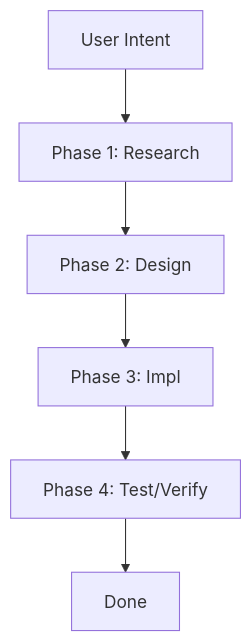
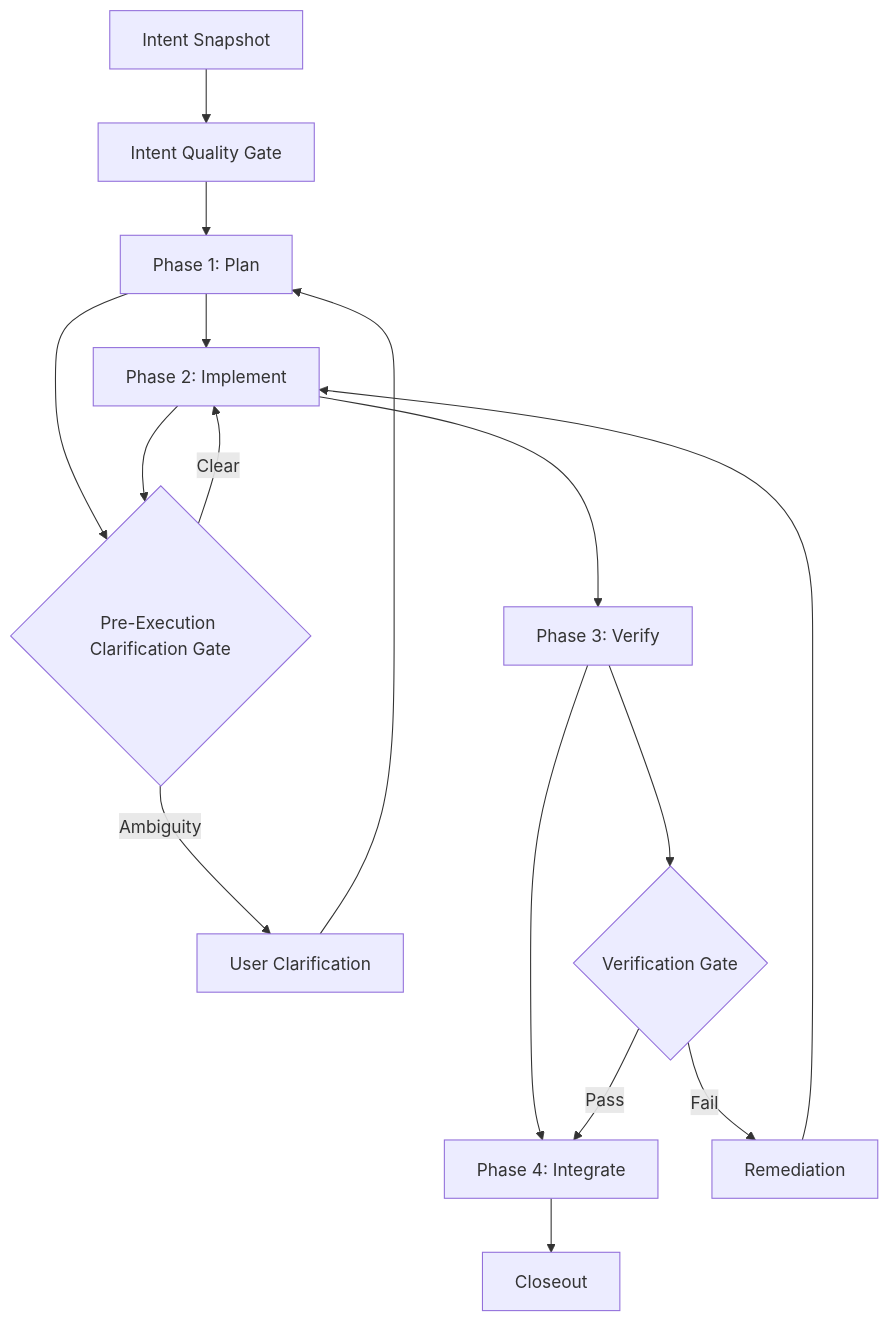
One commit to oscraters/intent-align changed the diagram in assets/mermaid-spec-template.md. Above: the diagram before and after it, drawn with Mermaid. The commit also changed other lines of this file and 8 other files, not shown here.

Commit message:
feat: implement intent-align v2 core contract and adapters

````diff
--- a/assets/mermaid-spec-template.md
+++ b/assets/mermaid-spec-template.md
@@ -2,8 +2,20 @@
 ```mermaid
 graph TD
-    A[User Intent] --> B[Phase 1: Research]
-    B --> C[Phase 2: Design]
-    C --> D[Phase 3: Impl]
-    D --> E[Phase 4: Test/Verify]
-    E --> F[Done]
+    A[Intent Snapshot] --> B[Intent Quality Gate]
+    B --> C[Phase 1: Plan]
+    C --> D[Phase 2: Implement]
+    D --> E[Phase 3: Verify]
+    E --> F[Phase 4: Integrate]
+    F --> G[Closeout]
+
+    C --> H{Pre-Execution Clarification Gate}
+    D --> H
+    H -->|Ambiguity| I[User Clarification]
+    I --> C
+    H -->|Clear| D
+
+    E --> J{Verification Gate}
+    J -->|Fail| K[Remediation]
+    K --> D
+    J -->|Pass| F
 ```
````
